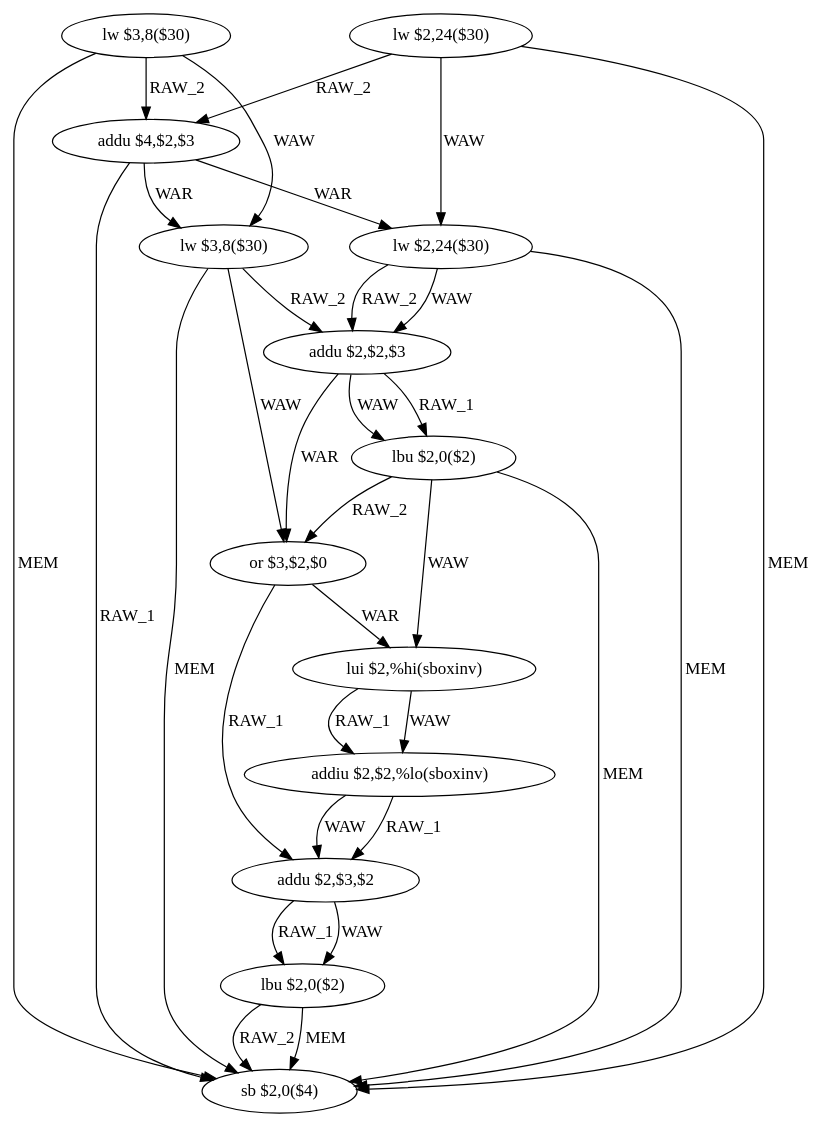
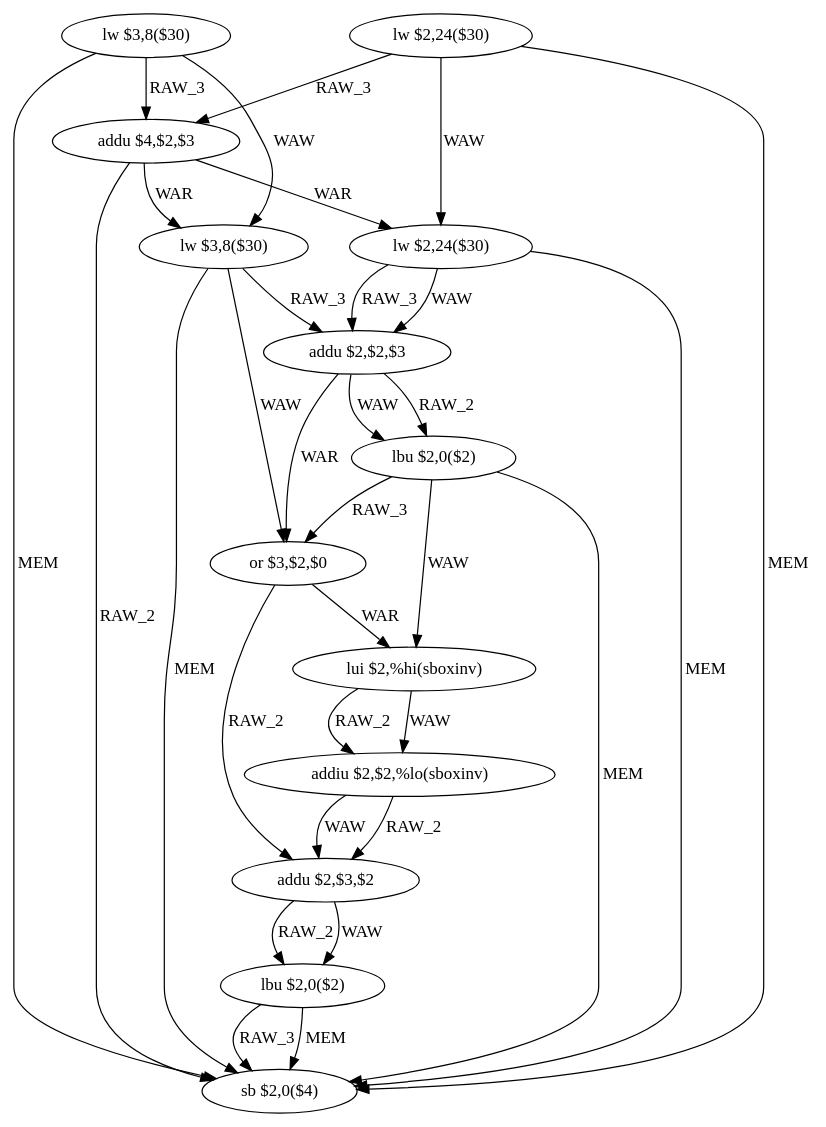
The diagram in CodeEtudiant/tmp/_func_2_dfg_bb1.dot (Shaolans/CA_CFG_ASM), drawn with Graphviz before and after one commit. The commit also changed 145 other files, not shown here.

```diff
--- a/CodeEtudiant/tmp/_func_2_dfg_bb1.dot
+++ b/CodeEtudiant/tmp/_func_2_dfg_bb1.dot
@@ -1,47 +1,47 @@
 digraph G1 {
 node [shape = ellipse];
 i0 [label = "lw $3,8($30)"] ;
-i0 ->  i2 [label= "RAW_2"];
+i0 ->  i2 [label= "RAW_3"];
 i0 ->  i3 [label= "WAW"];
 i0 ->  i12 [label= "MEM"];
 i2 [label = "addu $4,$2,$3"] ;
 i2 ->  i3 [label= "WAR"];
 i2 ->  i4 [label= "WAR"];
-i2 ->  i12 [label= "RAW_1"];
+i2 ->  i12 [label= "RAW_2"];
 i3 [label = "lw $3,8($30)"] ;
-i3 ->  i5 [label= "RAW_2"];
+i3 ->  i5 [label= "RAW_3"];
 i3 ->  i7 [label= "WAW"];
 i3 ->  i12 [label= "MEM"];
 i5 [label = "addu $2,$2,$3"] ;
-i5 ->  i6 [label= "RAW_1"];
+i5 ->  i6 [label= "RAW_2"];
 i5 ->  i6 [label= "WAW"];
 i5 ->  i7 [label= "WAR"];
 i6 [label = "lbu $2,0($2)"] ;
-i6 ->  i7 [label= "RAW_2"];
+i6 ->  i7 [label= "RAW_3"];
 i6 ->  i8 [label= "WAW"];
 i6 ->  i12 [label= "MEM"];
 i7 [label = "or $3,$2,$0"] ;
 i7 ->  i8 [label= "WAR"];
-i7 ->  i10 [label= "RAW_1"];
+i7 ->  i10 [label= "RAW_2"];
 i8 [label = "lui $2,%hi(sboxinv)"] ;
-i8 ->  i9 [label= "RAW_1"];
+i8 ->  i9 [label= "RAW_2"];
 i8 ->  i9 [label= "WAW"];
 i9 [label = "addiu $2,$2,%lo(sboxinv)"] ;
-i9 ->  i10 [label= "RAW_1"];
+i9 ->  i10 [label= "RAW_2"];
 i9 ->  i10 [label= "WAW"];
 i10 [label = "addu $2,$3,$2"] ;
-i10 ->  i11 [label= "RAW_1"];
+i10 ->  i11 [label= "RAW_2"];
 i10 ->  i11 [label= "WAW"];
 i11 [label = "lbu $2,0($2)"] ;
-i11 ->  i12 [label= "RAW_2"];
+i11 ->  i12 [label= "RAW_3"];
 i11 ->  i12 [label= "MEM"];
 i12 [label = "sb $2,0($4)"] ;
 i4 [label = "lw $2,24($30)"] ;
-i4 ->  i5 [label= "RAW_2"];
+i4 ->  i5 [label= "RAW_3"];
 i4 ->  i5 [label= "WAW"];
 i4 ->  i12 [label= "MEM"];
 i1 [label = "lw $2,24($30)"] ;
-i1 ->  i2 [label= "RAW_2"];
+i1 ->  i2 [label= "RAW_3"];
 i1 ->  i4 [label= "WAW"];
 i1 ->  i12 [label= "MEM"];
 }
```
